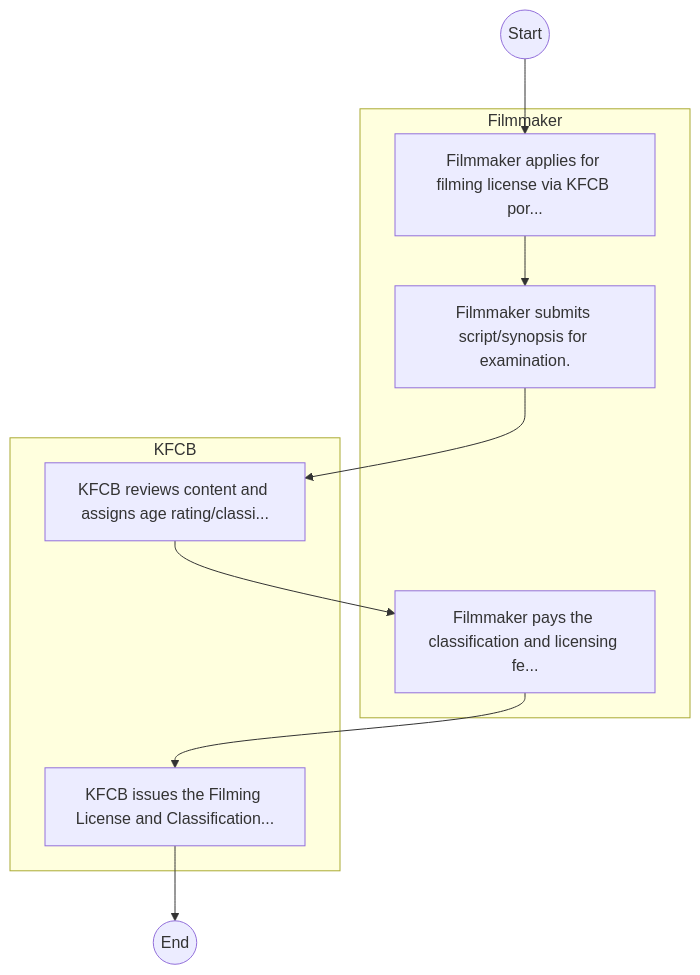
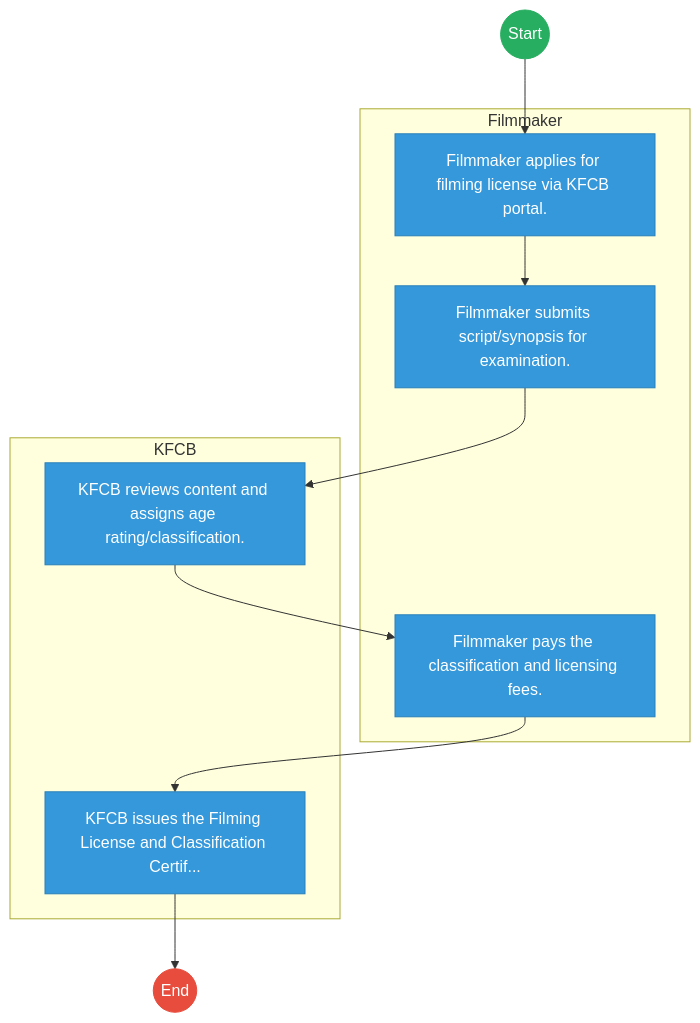
The first of 2 diagrams in mdas/docs_final/Kenya_Film_Classification_Board___Service_Delivery.md (BITZ-IT-Consulting-LTD/ictapoc), drawn with Mermaid before and after one commit. The commit also changed other lines of this file and 461 other files, not shown here.

````diff
--- a/mdas/docs_final/Kenya_Film_Classification_Board___Service_Delivery.md
+++ b/mdas/docs_final/Kenya_Film_Classification_Board___Service_Delivery.md
@@ -20,18 +20,29 @@
 ```mermaid
 graph TD
     Start((Start)) --> S1
+
     subgraph Filmmaker [Filmmaker]
-        S1["Filmmaker applies for filming license via KFCB por..."]
+        S1["Filmmaker applies for filming license via KFCB portal."]
         S2["Filmmaker submits script/synopsis for examination."]
-        S4["Filmmaker pays the classification and licensing fe..."]
+        S4["Filmmaker pays the classification and licensing fees."]
     end
+
     subgraph KFCB [KFCB]
-        S3["KFCB reviews content and assigns age rating/classi..."]
-        S5["KFCB issues the Filming License and Classification..."]
+        S3["KFCB reviews content and assigns age rating/classification."]
+        S5["KFCB issues the Filming License and Classification Certif..."]
     end
     S1 --> S2
     S2 --> S3
     S3 --> S4
     S4 --> S5
     S5 --> End((End))
+
+    classDef start fill:#27ae60,stroke:#27ae60,color:#fff;
+    classDef endNode fill:#e74c3c,stroke:#e74c3c,color:#fff;
+    classDef userTask fill:#3498db,stroke:#2980b9,color:#fff;
+    classDef serviceTask fill:#9b59b6,stroke:#8e44ad,color:#fff;
+
+    class Start start;
+    class End endNode;
+    class S1,S2,S3,S4,S5 userTask;
 ```
````
